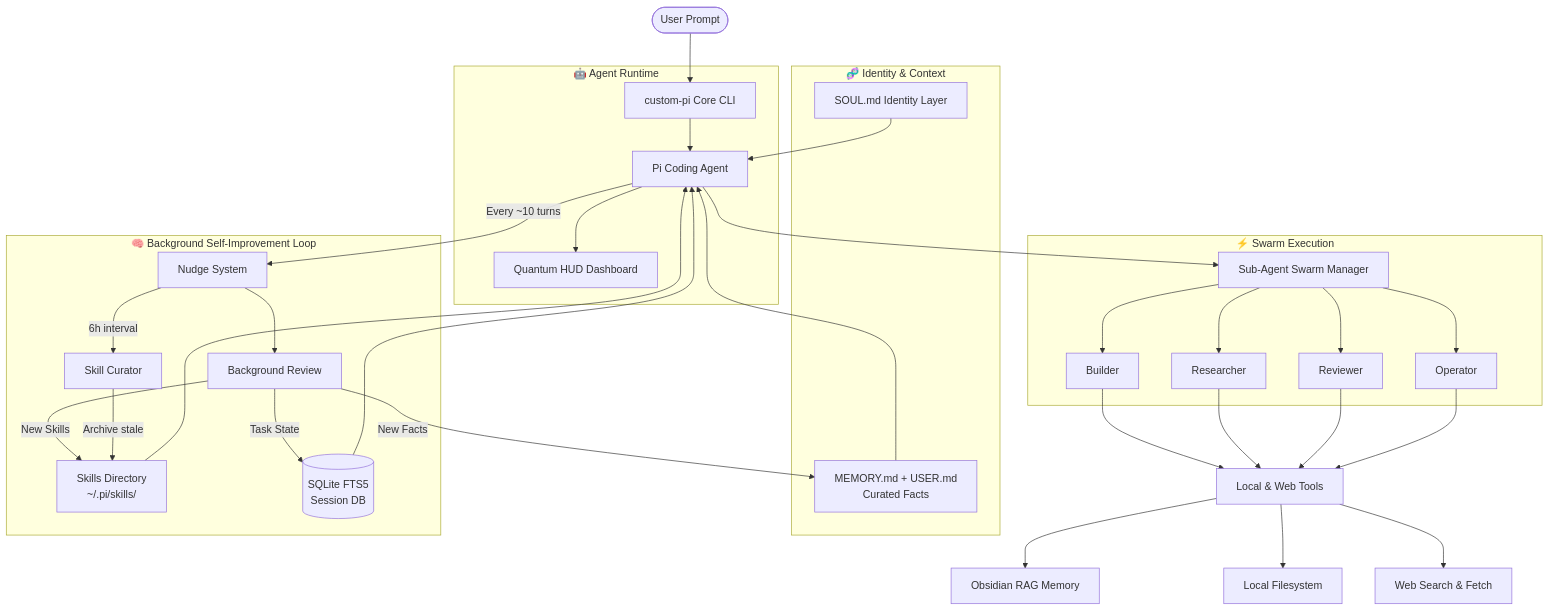
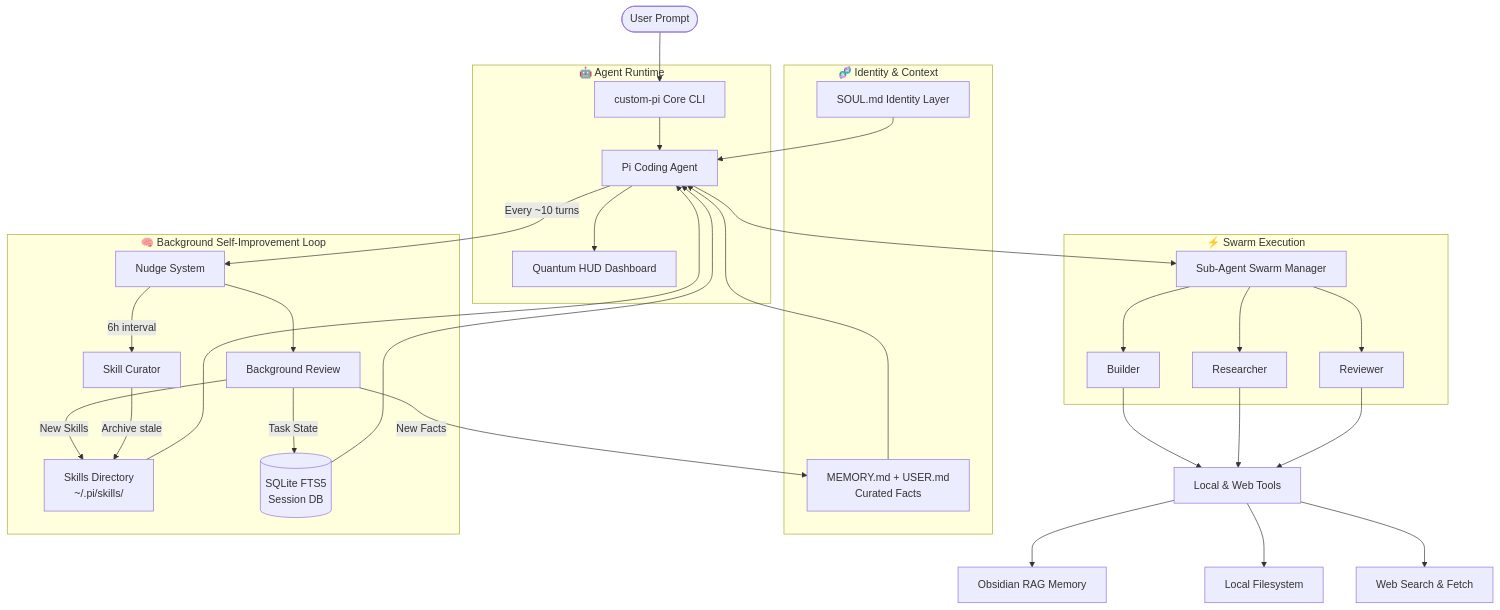
The diagram in README.md (IamNishant51/Custom-PI), drawn with Mermaid before and after one commit. The commit also changed other lines of this file, not shown here.

Commit message:
docs: remove deprecated operator sub-agent from README

````diff
--- a/README.md
+++ b/README.md
@@ -52,41 +52,40 @@
 ```mermaid
 graph TD
     User([User Prompt]) --> CustomPI[custom-pi Core CLI]
 
     subgraph "🧬 Identity & Context"
         SOUL[SOUL.md Identity Layer]
         MEM[MEMORY.md + USER.md<br/>Curated Facts]
     end
 
     subgraph "🤖 Agent Runtime"
         CustomPI --> Agent[Pi Coding Agent]
         SOUL --> Agent
         MEM --> Agent
         Agent --> HUD[Quantum HUD Dashboard]
     end
 
     subgraph "🧠 Background Self-Improvement Loop"
         Agent -->|Every ~10 turns| Nudge[Nudge System]
         Nudge --> Review[Background Review]
         Review -->|New Facts| MEM
         Review -->|New Skills| SKILL[Skills Directory<br/>~/.pi/skills/]
         Review -->|Task State| DB[(SQLite FTS5<br/>Session DB)]
         Nudge -->|6h interval| Curator[Skill Curator]
         Curator -->|Archive stale| SKILL
     end
 
     subgraph "⚡ Swarm Execution"
         Agent --> Swarm[Sub-Agent Swarm Manager]
         Swarm --> Builder[Builder]
         Swarm --> Researcher[Researcher]
         Swarm --> Reviewer[Reviewer]
-        Swarm --> Operator[Operator]
     end
 
-    Builder & Researcher & Reviewer & Operator --> Tools[Local & Web Tools]
+    Builder & Researcher & Reviewer --> Tools[Local & Web Tools]
     Tools --> RAG[Obsidian RAG Memory]
     Tools --> Filesystem[Local Filesystem]
     Tools --> Web[Web Search & Fetch]
     DB --> Agent
     SKILL --> Agent
 ```
````
